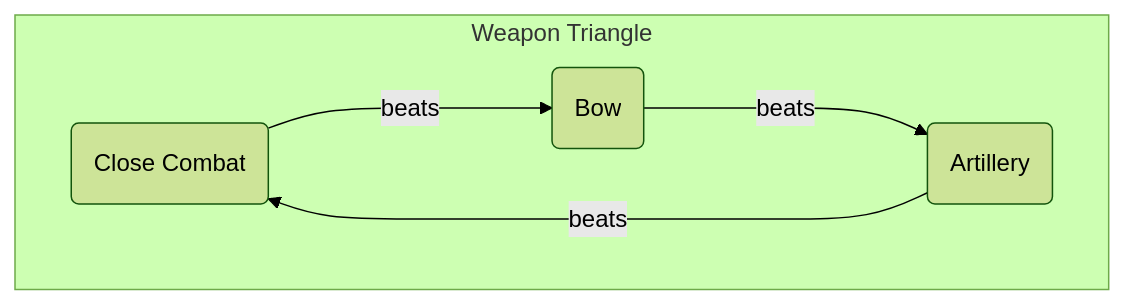
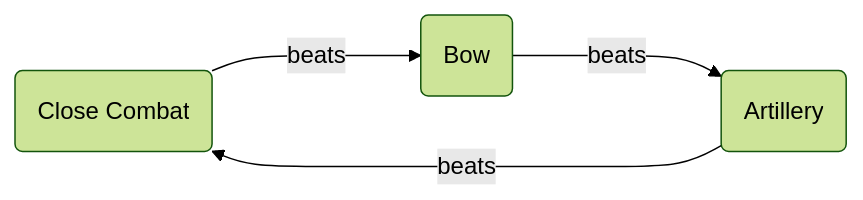
Before and after one commit to DonColon/vigilans-nexum-wiki: the second of 2 diagrams in wiki/catalog/Weapons.md, drawn with Mermaid (forest theme). The commit also changed other lines of this file and 32 other files, not shown here.

````diff
--- a/wiki/catalog/Weapons.md
+++ b/wiki/catalog/Weapons.md
@@ -88,12 +90,10 @@
 ```mermaid
-flowchart
-	subgraph Weapon Triangle
-		close-combat(Close Combat)
-		bow(Bow)
-		artillery(Artillery)
-		
-		close-combat--beats--->bow
-		bow--beats--->artillery
-		artillery--beats--->close-combat
-	end
+flowchart LR
+    close-combat(Close Combat)
+    bow(Bow)
+    artillery(Artillery)
+
+    close-combat--beats--->bow
+    bow--beats--->artillery
+    artillery--beats--->close-combat
 ```
````
